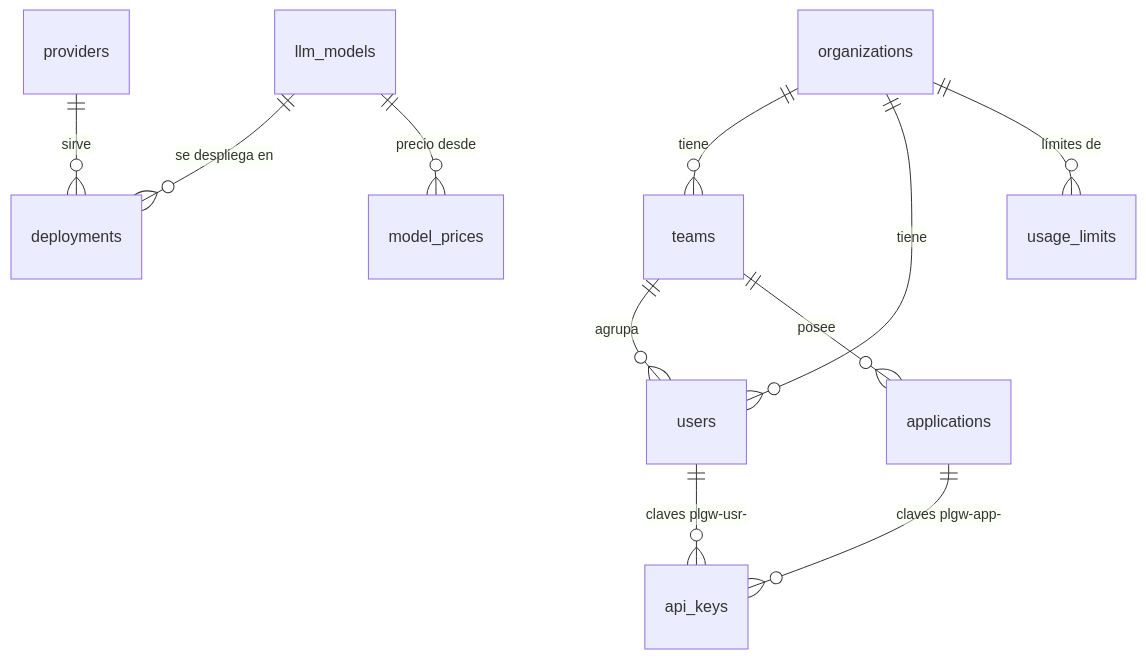
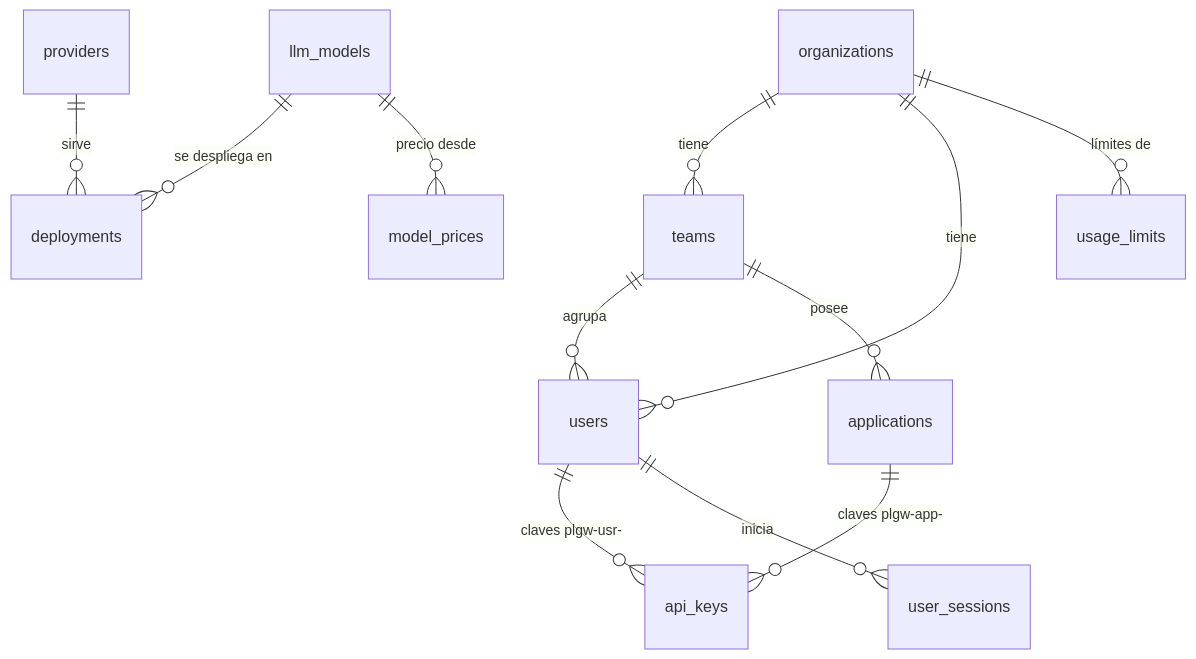
Before and after one commit to COTECNIA-ADM/platia-gateway: the third of 3 diagrams in docs/arquitectura.md, drawn with Mermaid. The commit also changed other lines of this file and 30 other files, not shown here.

````diff
--- a/docs/arquitectura.md
+++ b/docs/arquitectura.md
@@ -199,13 +205,14 @@
 ```mermaid
 erDiagram
     organizations ||--o{ teams : tiene
     organizations ||--o{ users : tiene
     teams ||--o{ users : agrupa
     teams ||--o{ applications : posee
     applications ||--o{ api_keys : "claves plgw-app-"
     users ||--o{ api_keys : "claves plgw-usr-"
+    users ||--o{ user_sessions : "inicia"
     providers ||--o{ deployments : sirve
     llm_models ||--o{ deployments : "se despliega en"
     llm_models ||--o{ model_prices : "precio desde"
     organizations ||--o{ usage_limits : "límites de"
 ```
````
